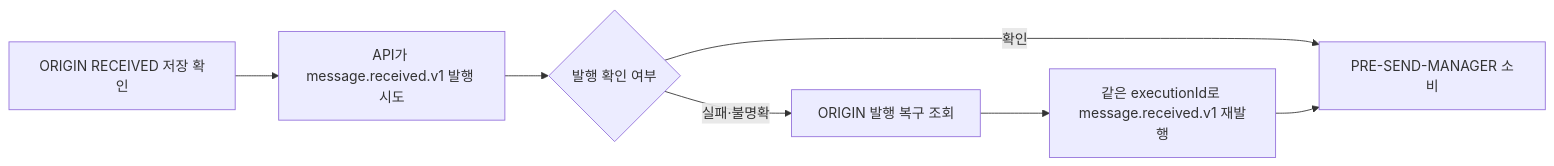
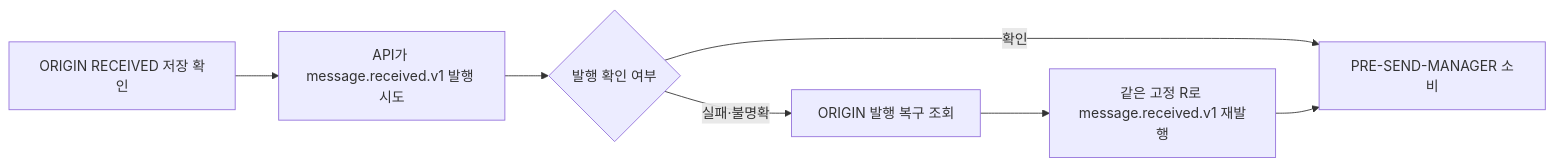
The third of 10 diagrams in docs/53-신규-메시지-케이스별-Call-Flow.md (hyun-seung/High-throughput-event-platform), drawn with Mermaid before and after one commit. The commit also changed other lines of this file and 4 other files, not shown here.

````diff
--- a/docs/53-신규-메시지-케이스별-Call-Flow.md
+++ b/docs/53-신규-메시지-케이스별-Call-Flow.md
@@ -113,9 +113,9 @@
 ```mermaid
 flowchart LR
     A[ORIGIN RECEIVED 저장 확인] --> P[API가 message.received.v1 발행 시도]
     P --> U{발행 확인 여부}
     U -->|확인| M[PRE-SEND-MANAGER 소비]
     U -->|실패·불명확| G[ORIGIN 발행 복구 조회]
-    G --> K[같은 executionId로 message.received.v1 재발행]
+    G --> K[같은 고정 R로 message.received.v1 재발행]
     K --> M
 ```
````
